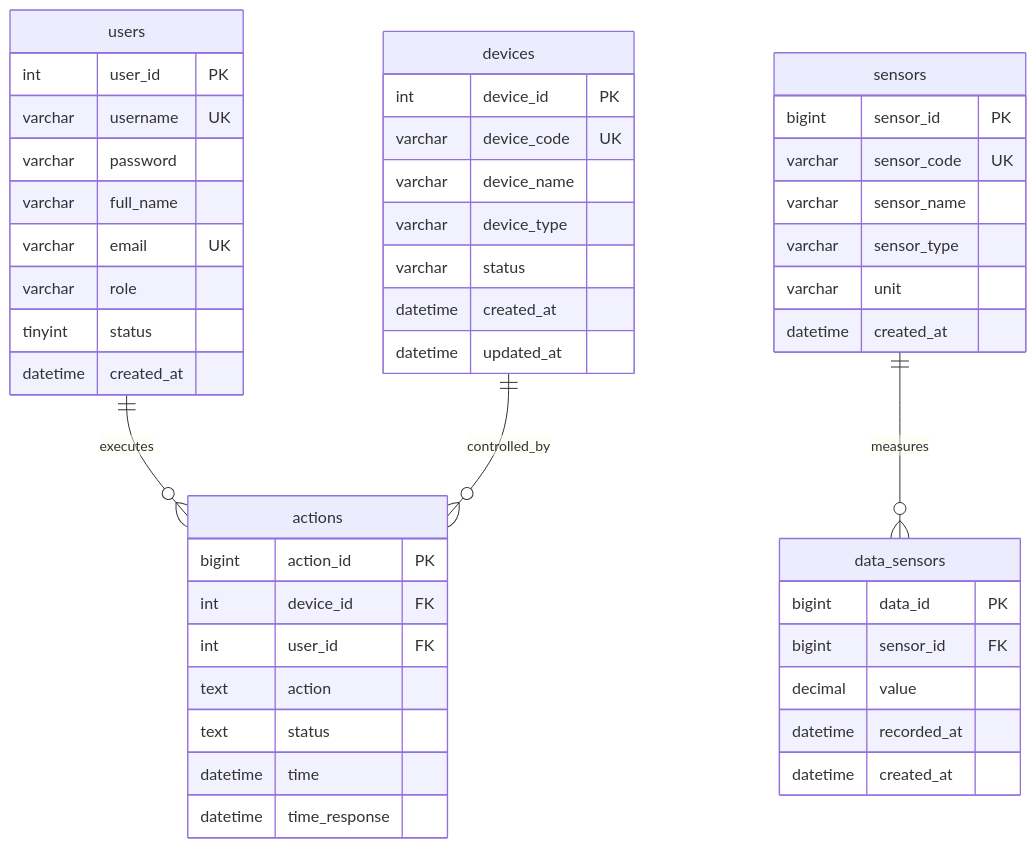
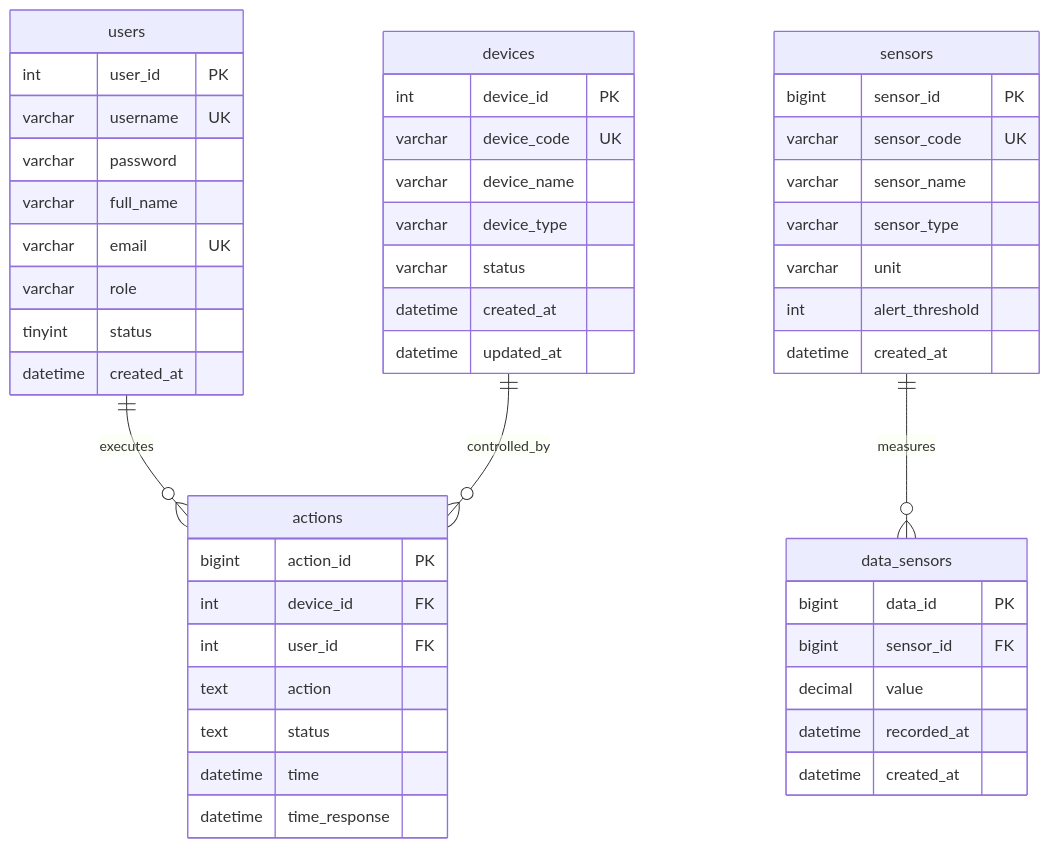
The second of 2 diagrams in README.md (trieunguyenminhtan-ops/iot_project), drawn with Mermaid before and after one commit. The commit also changed other lines of this file and 7 other files, not shown here.

Commit message:
feat: Add threshold editing, full-width LED boxes, sensor-types API, migration 002, and fix README Mermaid & math display

````diff
--- a/README.md
+++ b/README.md
@@ -109,54 +112,55 @@
 ```mermaid
 erDiagram
     users ||--o{ actions : executes
     devices ||--o{ actions : controlled_by
     sensors ||--o{ data_sensors : measures
 
     users {
         int user_id PK
         varchar username UK
         varchar password
         varchar full_name
         varchar email UK
         varchar role
         tinyint status
         datetime created_at
     }
 
     devices {
         int device_id PK
         varchar device_code UK
         varchar device_name
         varchar device_type
         varchar status
         datetime created_at
         datetime updated_at
     }
 
     actions {
         bigint action_id PK
         int device_id FK
         int user_id FK
         text action
         text status
         datetime time
         datetime time_response
     }
 
     sensors {
         bigint sensor_id PK
         varchar sensor_code UK
         varchar sensor_name
         varchar sensor_type
         varchar unit
+        int alert_threshold
         datetime created_at
     }
 
     data_sensors {
         bigint data_id PK
         bigint sensor_id FK
         decimal value
         datetime recorded_at
         datetime created_at
     }
 ```
````
